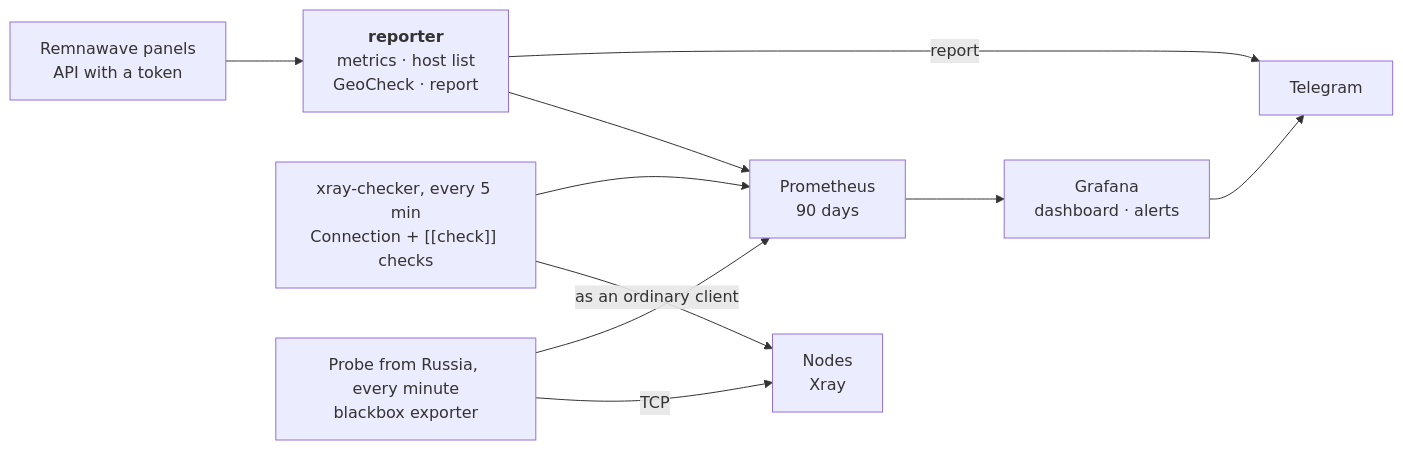
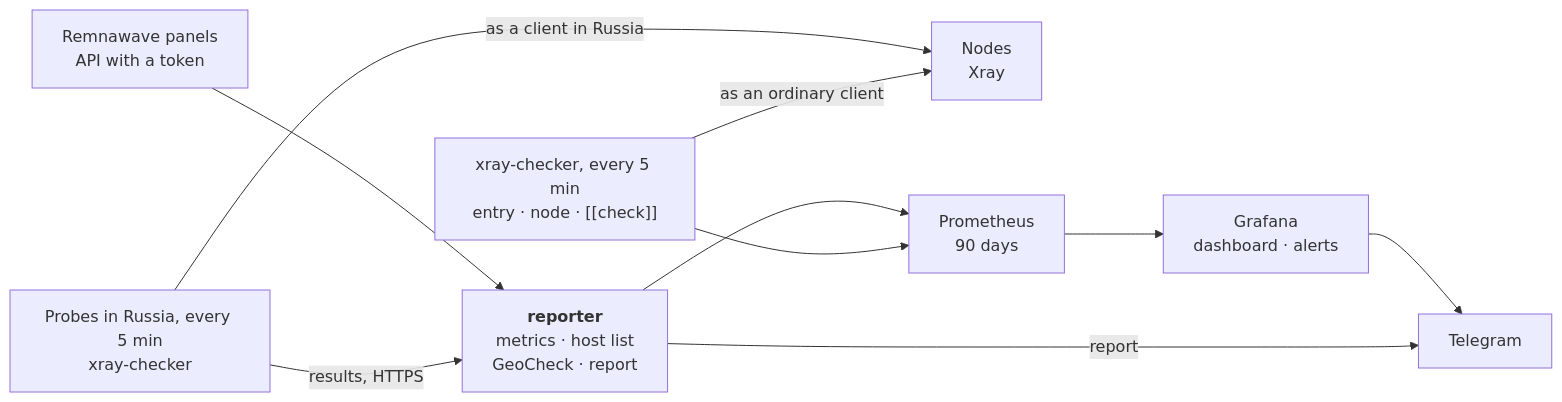
Before and after one commit to 3APA3A-3AHO3A/remnawave-monitoring: the diagram in README.en.md, drawn with Mermaid. The commit also changed other lines of this file and 27 other files, not shown here.

````diff
--- a/README.en.md
+++ b/README.en.md
@@ -50,12 +50,12 @@
 ```mermaid
 flowchart LR
     P["Remnawave panels<br/>API with a token"] --> R["<b>reporter</b><br/>metrics · host list<br/>GeoCheck · report"]
-    X["xray-checker, every 5 min<br/>Connection + [[check]] checks"] -- "as an ordinary client" --> N["Nodes<br/>Xray"]
-    B["Probe from Russia, every minute<br/>blackbox exporter"] -- TCP --> N
+    B["Probes in Russia, every 5 min<br/>xray-checker"] -- "as a client in Russia" --> N["Nodes<br/>Xray"]
+    X["xray-checker, every 5 min<br/>entry · node · [[check]]"] -- "as an ordinary client" --> N
+    B -- "results, HTTPS" --> R
     R --> M["Prometheus<br/>90 days"]
     X --> M
-    B --> M
     M --> G["Grafana<br/>dashboard · alerts"]
     G --> T["Telegram"]
     R -- "report" --> T
 ```
````
